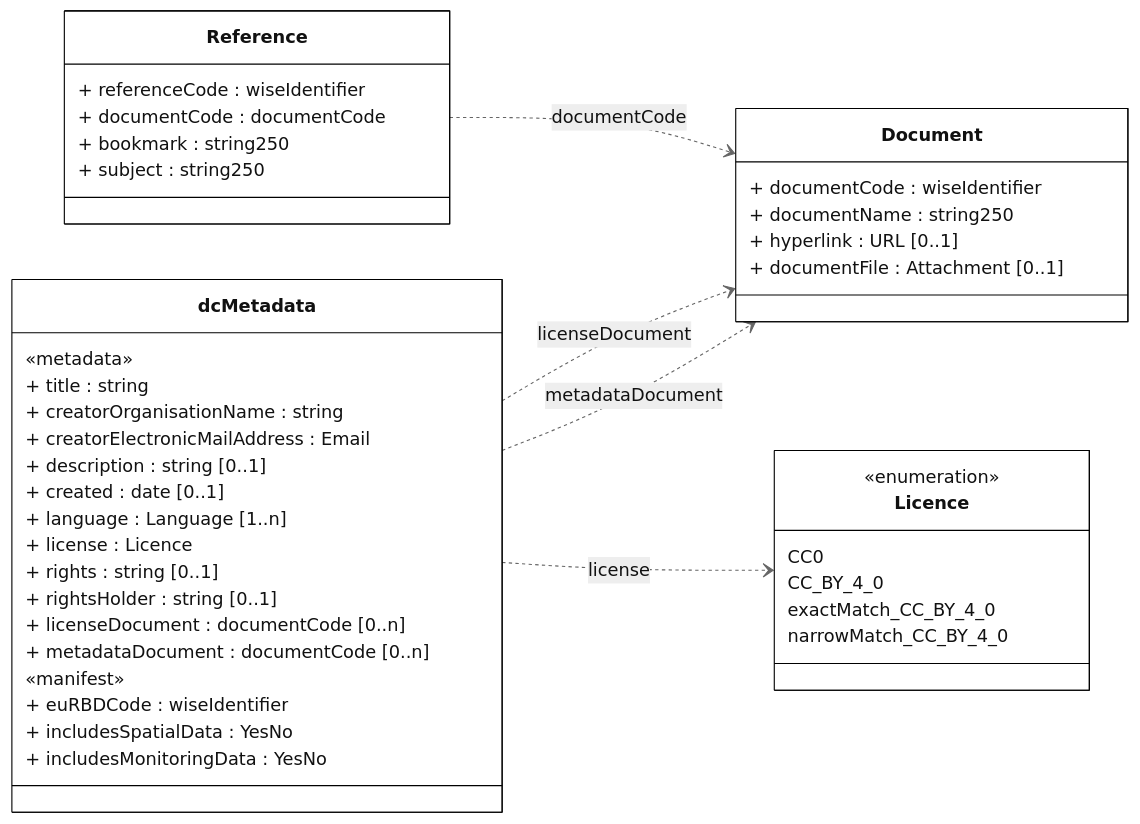
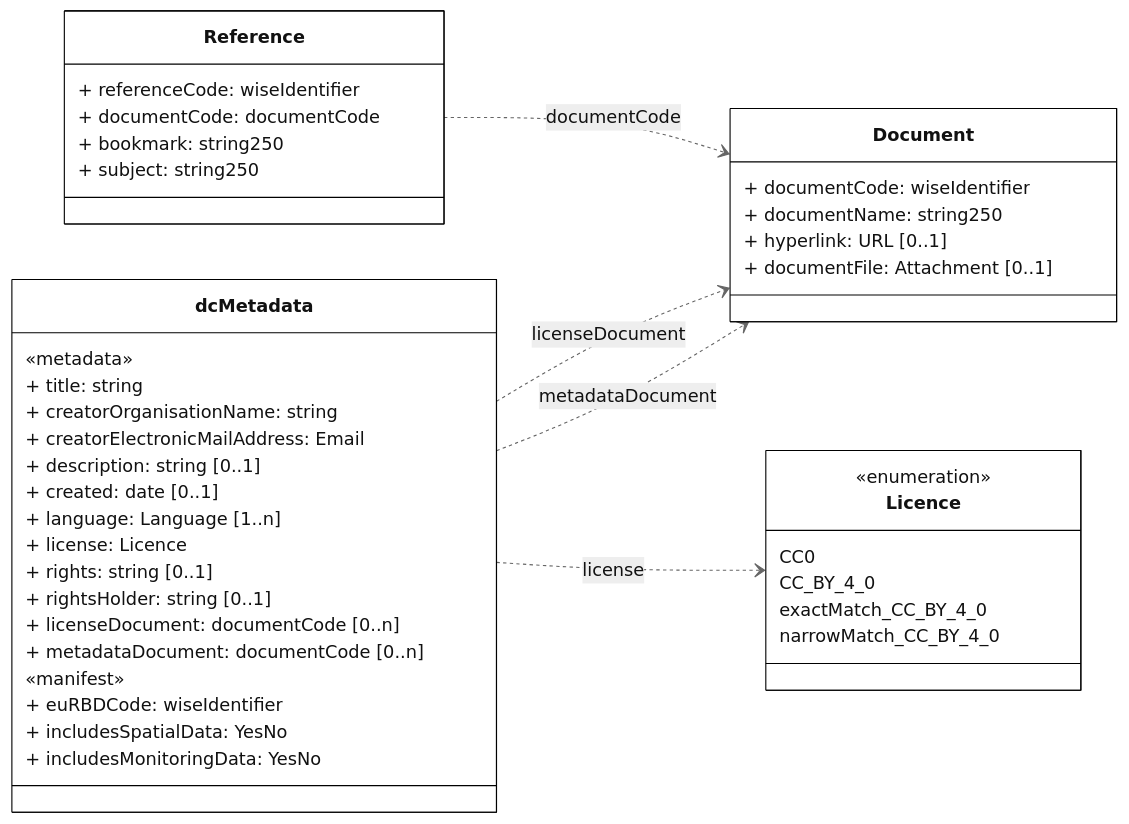
One commit to eeadata/WISE.WFD.Documentation changed the diagram in docs/DataModelReview/mmd/Monitoring_4thCycle_Documents_ClassDiagram.mmd. Above: the diagram before and after it, drawn with Mermaid. The commit also changed 49 other files, not shown here.

```diff
--- a/docs/DataModelReview/mmd/Monitoring_4thCycle_Documents_ClassDiagram.mmd
+++ b/docs/DataModelReview/mmd/Monitoring_4thCycle_Documents_ClassDiagram.mmd
@@ -1,59 +1,59 @@
 ---
 config:
   class:
     hideEmptyMembersBox: true
   layout: dagre
   theme: neutral
 ---
 classDiagram
 direction LR
 
 class dcMetadata {
 
 «metadata»
-+ title : string
-+ creatorOrganisationName : string
-+ creatorElectronicMailAddress : Email
-+ description : string [0..1]
-+ created : date [0..1]
-+ language : Language [1..n]
-+ license : Licence
-+ rights : string [0..1]
-+ rightsHolder : string [0..1]
-+ licenseDocument : documentCode [0..n]
-+ metadataDocument : documentCode [0..n]
++ title: string
++ creatorOrganisationName: string
++ creatorElectronicMailAddress: Email
++ description: string [0..1]
++ created: date [0..1]
++ language: Language [1..n]
++ license: Licence
++ rights: string [0..1]
++ rightsHolder: string [0..1]
++ licenseDocument: documentCode [0..n]
++ metadataDocument: documentCode [0..n]
 
 «manifest»
-+ euRBDCode : wiseIdentifier
-+ includesSpatialData : YesNo
-+ includesMonitoringData : YesNo
++ euRBDCode: wiseIdentifier
++ includesSpatialData: YesNo
++ includesMonitoringData: YesNo
 }
 
 class Reference {
-  + referenceCode : wiseIdentifier
-  + documentCode : documentCode
-  + bookmark : string250
-  + subject : string250 
+  + referenceCode: wiseIdentifier
+  + documentCode: documentCode
+  + bookmark: string250
+  + subject: string250 
 }
 
 class Document {
-+ documentCode : wiseIdentifier
-+ documentName : string250
-+ hyperlink : URL [0..1]
-+ documentFile : Attachment [0..1]
++ documentCode: wiseIdentifier
++ documentName: string250
++ hyperlink: URL [0..1]
++ documentFile: Attachment [0..1]
 }
 
 class Licence{
   <<enumeration>>
   CC0
   CC_BY_4_0
   exactMatch_CC_BY_4_0
   narrowMatch_CC_BY_4_0
 }
 
-Reference  ..> Document : documentCode
-dcMetadata ..> Document : licenseDocument
-dcMetadata ..> Document : metadataDocument
-dcMetadata ..> Licence : license
+Reference  ..> Document: documentCode
+dcMetadata ..> Document: licenseDocument
+dcMetadata ..> Document: metadataDocument
+dcMetadata ..> Licence: license
 classDef default fill:white,stroke:#000;
 classDef forFixing fill:white,stroke:#f00;
```
